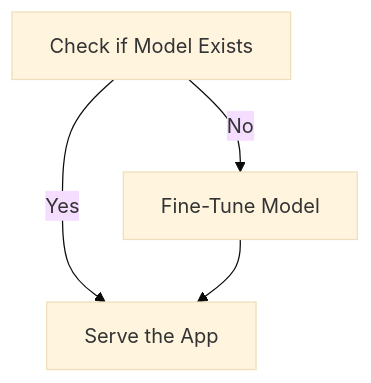
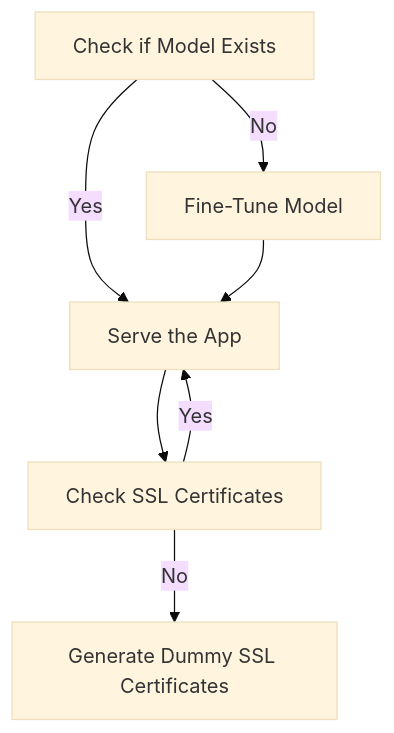
The diagram in README.md (egpivo/llmchatbot), drawn with Mermaid (base theme) before and after one commit. The commit also changed other lines of this file, not shown here.

````diff
--- a/README.md
+++ b/README.md
@@ -17,10 +18,16 @@
 ```mermaid
 graph TD
   A[Check if Model Exists]
   B[Fine-Tune Model]
   C[Serve the App]
+  D[Check SSL Certificates]
+  E[Generate Dummy SSL Certificates]
 
   A -- No --> B
   A -- Yes --> C
   B --> C
+  C --> D
+  D -- No --> E
+  D -- Yes --> C
+
 ```
````
